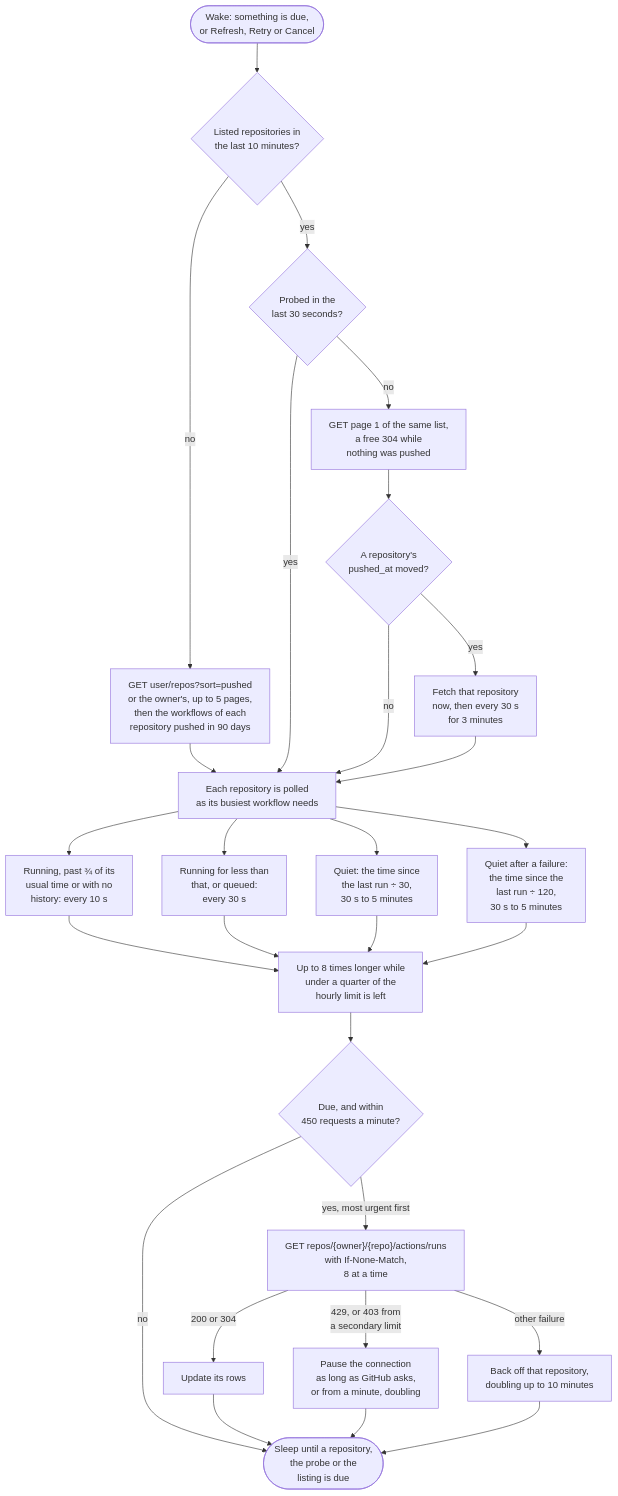
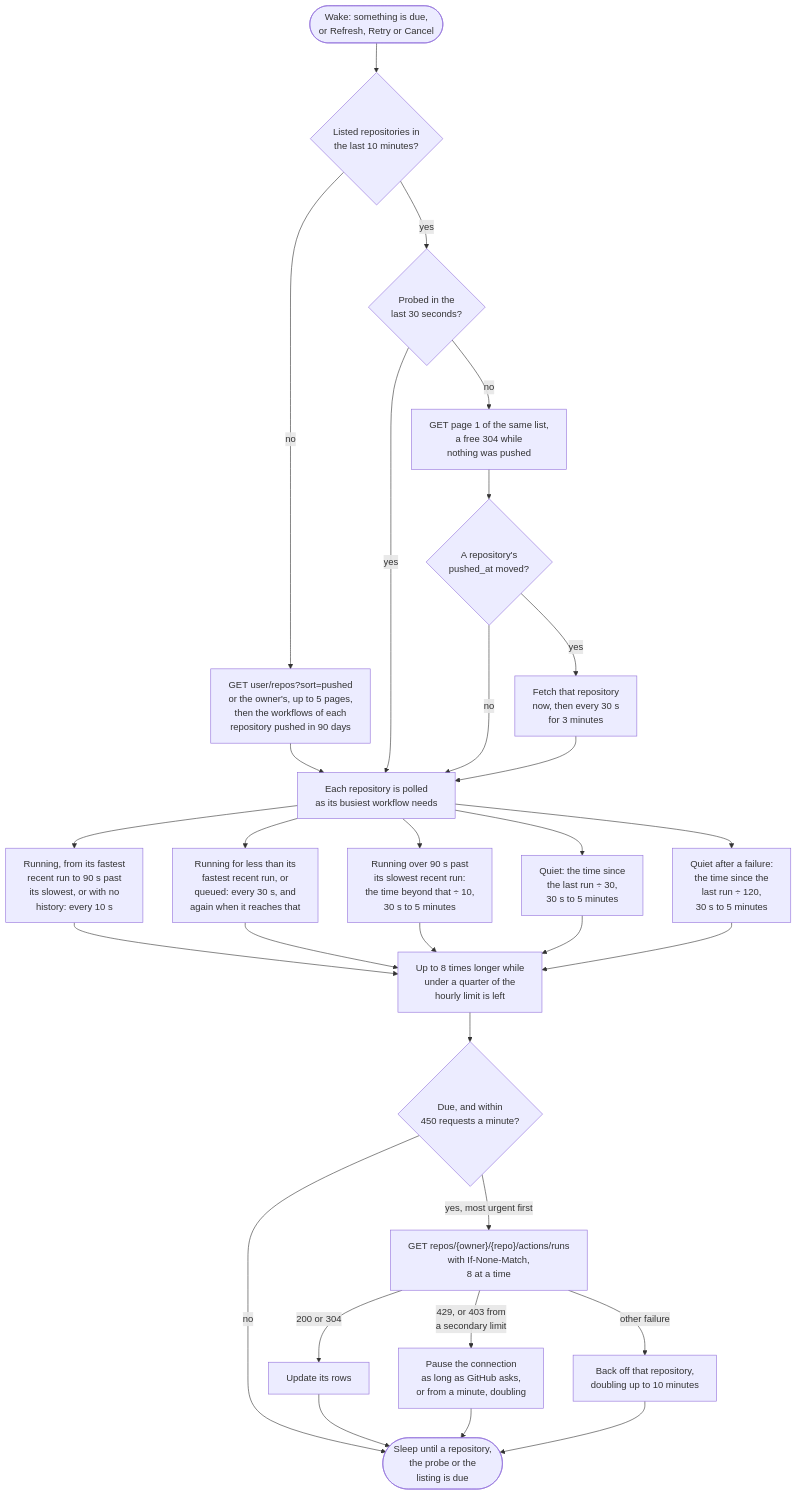
The diagram in docs/mdsource/providers/github.source.md (SimonCropp/BuildMonitor), drawn with Mermaid before and after one commit. The commit also changed 30 other files, not shown here.

First line of the commit message:
Aim the running interval at when a build is expected to finish

````diff
--- a/docs/mdsource/providers/github.source.md
+++ b/docs/mdsource/providers/github.source.md
@@ -36,35 +36,37 @@
 ```mermaid
 ---
 config:
   flowchart:
     wrappingWidth: 400
 ---
 flowchart TD
     wake(["Wake: something is due,<br/>or Refresh, Retry or Cancel"]) --> listed{"Listed repositories in<br/>the last 10 minutes?"}
     listed -- "no" --> discover["GET user/repos?sort=pushed<br/>or the owner's, up to 5 pages,<br/>then the workflows of each<br/>repository pushed in 90 days"]
     listed -- "yes" --> probed{"Probed in the<br/>last 30 seconds?"}
     probed -- "no" --> probe["GET page 1 of the same list,<br/>a free 304 while<br/>nothing was pushed"]
     probe --> moved{"A repository's<br/>pushed_at moved?"}
     moved -- "yes" --> nudge["Fetch that repository<br/>now, then every 30 s<br/>for 3 minutes"]
     discover --> interval["Each repository is polled<br/>as its busiest workflow needs"]
     probed -- "yes" --> interval
     moved -- "no" --> interval
     nudge --> interval
-    interval --> finishing["Running, past ¾ of its<br/>usual time or with no<br/>history: every 10 s"]
-    interval --> running["Running for less than<br/>that, or queued:<br/>every 30 s"]
+    interval --> finishing["Running, from its fastest<br/>recent run to 90 s past<br/>its slowest, or with no<br/>history: every 10 s"]
+    interval --> running["Running for less than its<br/>fastest recent run, or<br/>queued: every 30 s, and<br/>again when it reaches that"]
+    interval --> overrun["Running over 90 s past<br/>its slowest recent run:<br/>the time beyond that ÷ 10,<br/>30 s to 5 minutes"]
     interval --> quiet["Quiet: the time since<br/>the last run ÷ 30,<br/>30 s to 5 minutes"]
     interval --> failed["Quiet after a failure:<br/>the time since the<br/>last run ÷ 120,<br/>30 s to 5 minutes"]
     finishing --> stretch["Up to 8 times longer while<br/>under a quarter of the<br/>hourly limit is left"]
     running --> stretch
+    overrun --> stretch
     quiet --> stretch
     failed --> stretch
     stretch --> due{"Due, and within<br/>450 requests a minute?"}
     due -- "no" --> sleep(["Sleep until a repository,<br/>the probe or the<br/>listing is due"])
     due -- "yes, most urgent first" --> fetch["GET repos/{owner}/{repo}/actions/runs<br/>with If-None-Match,<br/>8 at a time"]
     fetch -- "200 or 304" --> rows["Update its rows"]
     fetch -- "429, or 403 from<br/>a secondary limit" --> pause["Pause the connection<br/>as long as GitHub asks,<br/>or from a minute, doubling"]
     fetch -- "other failure" --> backoff["Back off that repository,<br/>doubling up to 10 minutes"]
     rows --> sleep
     pause --> sleep
     backoff --> sleep
 ```
````
